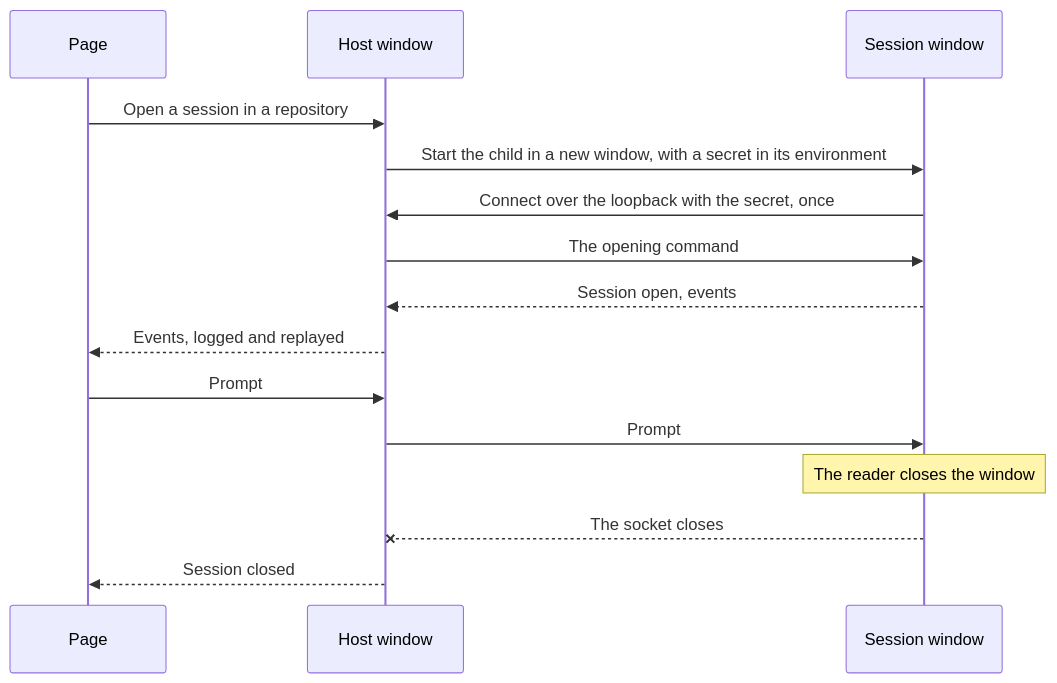
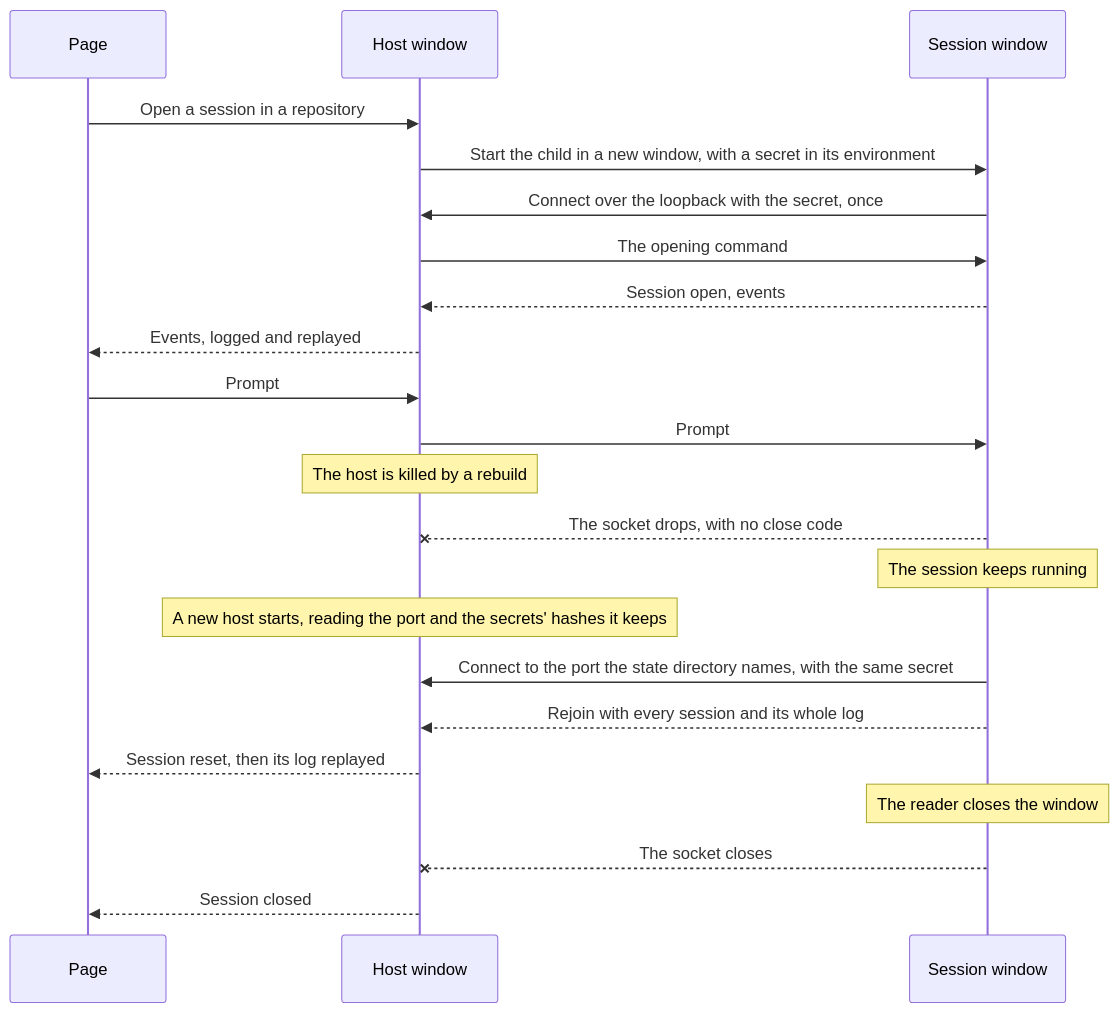
One commit to Esposter/Esposter changed the diagram in apps/web/content/docs/infra/claude-interface/agent-console/session-windows.md. Above: the diagram before and after it, drawn with Mermaid. The commit also changed other lines of this file, not shown here.

Commit message:
docs(agent-console): a session window outlives a killed host and rejoins the next one

````diff
--- a/apps/web/content/docs/infra/claude-interface/agent-console/session-windows.md
+++ b/apps/web/content/docs/infra/claude-interface/agent-console/session-windows.md
@@ -19,17 +20,24 @@
 ```mermaid
 sequenceDiagram
   participant P as Page
   participant H as Host window
   participant S as Session window
   P->>H: Open a session in a repository
   H->>S: Start the child in a new window, with a secret in its environment
   S->>H: Connect over the loopback with the secret, once
   H->>S: The opening command
   S-->>H: Session open, events
   H-->>P: Events, logged and replayed
   P->>H: Prompt
   H->>S: Prompt
+  Note over H: The host is killed by a rebuild
+  S--xH: The socket drops, with no close code
+  Note over S: The session keeps running
+  Note over H: A new host starts, reading the port and the secrets' hashes it keeps
+  S->>H: Connect to the port the state directory names, with the same secret
+  S-->>H: Rejoin with every session and its whole log
+  H-->>P: Session reset, then its log replayed
   Note over S: The reader closes the window
   S--xH: The socket closes
   H-->>P: Session closed
 ```
````
